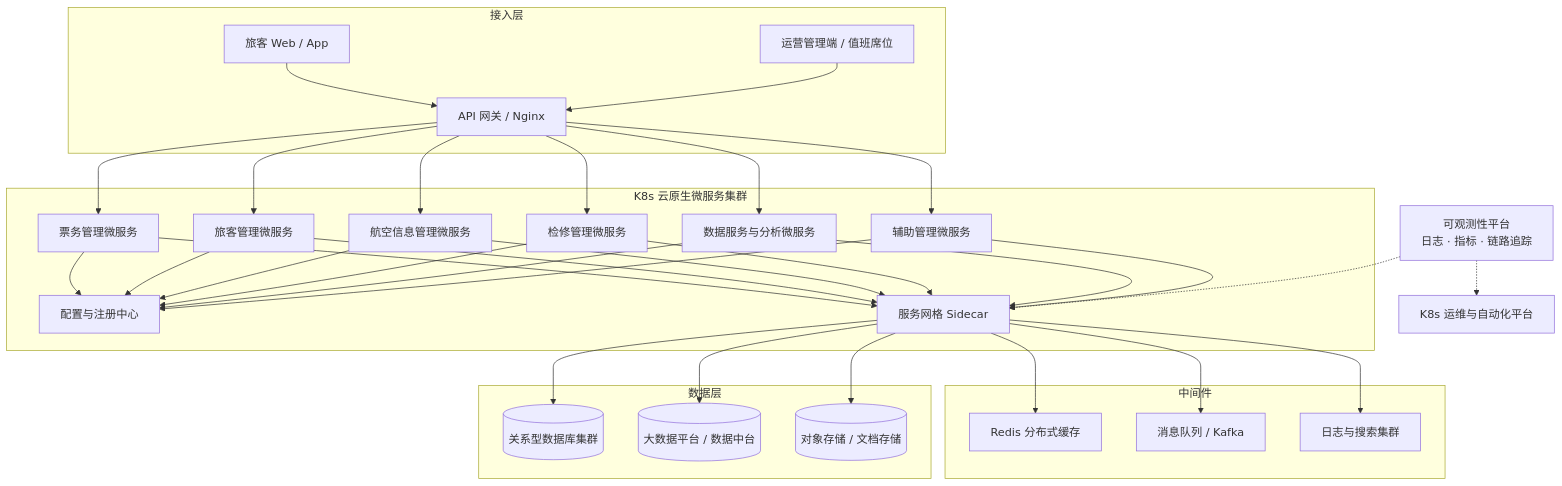
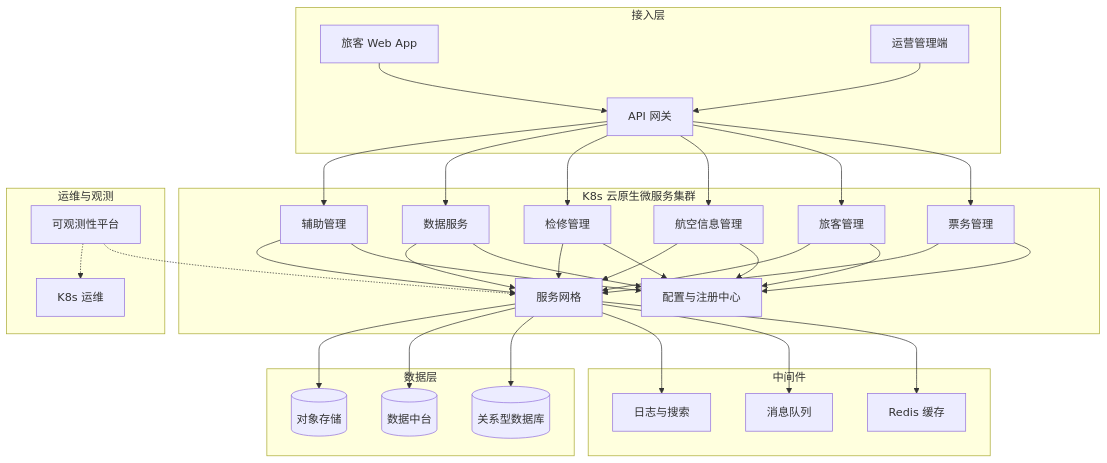
The diagram in 论文背诵版/云原生/4.云原生-云计算运维-论文成稿.md (weinloop/architecture), drawn with Mermaid before and after one commit. The commit also changed other lines of this file and 32 other files, not shown here.

````diff
--- a/论文背诵版/云原生/4.云原生-云计算运维-论文成稿.md
+++ b/论文背诵版/云原生/4.云原生-云计算运维-论文成稿.md
@@ -38,50 +57,46 @@
 ```mermaid
 flowchart TB
-  %% 接入层
-  subgraph 接入层
-    PAX[旅客 Web / App] --> GW[API 网关 / Nginx]
-    OP[运营管理端 / 值班席位] --> GW
+  subgraph Ingress[接入层]
+    PAX[旅客 Web App] --> GW[API 网关]
+    OP[运营管理端] --> GW
   end
 
-  %% 应用层
-  subgraph 应用层[K8s 云原生微服务集群]
-    GW --> TKT[票务管理微服务]
-    GW --> PAXS[旅客管理微服务]
-    GW --> FLT[航空信息管理微服务]
-    GW --> MNT[检修管理微服务]
-    GW --> DATASVC[数据服务与分析微服务]
-    GW --> AUX[辅助管理微服务]
-
+  subgraph App[K8s 云原生微服务集群]
+    GW --> TKT[票务管理]
+    GW --> PAXS[旅客管理]
+    GW --> FLT[航空信息管理]
+    GW --> MNT[检修管理]
+    GW --> DATASVC[数据服务]
+    GW --> AUX[辅助管理]
     TKT --> CFG[配置与注册中心]
     PAXS --> CFG
     FLT --> CFG
     MNT --> CFG
     DATASVC --> CFG
     AUX --> CFG
-
-    TKT --> SM[服务网格 Sidecar]
+    TKT --> SM[服务网格]
     PAXS --> SM
     FLT --> SM
     MNT --> SM
     DATASVC --> SM
     AUX --> SM
   end
 
-  %% 中间件层
-  subgraph 中间件
-    SM --> CACHE[Redis 分布式缓存]
-    SM --> MQ[消息队列 / Kafka]
-    SM --> ES[日志与搜索集群]
+  subgraph Mid[中间件]
+    SM --> CACHE[Redis 缓存]
+    SM --> MQ[消息队列]
+    SM --> ES[日志与搜索]
   end
 
-  %% 数据层
-  subgraph 数据层
-    SM --> RDB[(关系型数据库集群)]
-    SM --> DW[(大数据平台 / 数据中台)]
-    SM --> OBJ[(对象存储 / 文档存储)]
+  subgraph Data[数据层]
+    SM --> RDB[(关系型数据库)]
+    SM --> DW[(数据中台)]
+    SM --> OBJ[(对象存储)]
   end
 
-  %% 运维与观测层
-  OBS[可观测性平台\n日志 · 指标 · 链路追踪] -.-> SM
-  OBS -.-> K8SOP[K8s 运维与自动化平台]
+  subgraph Ops[运维与观测]
+    OBS[可观测性平台]
+    OBS -.-> SM
+    OBS -.-> K8SOP[K8s 运维]
+  end
 ```
````
